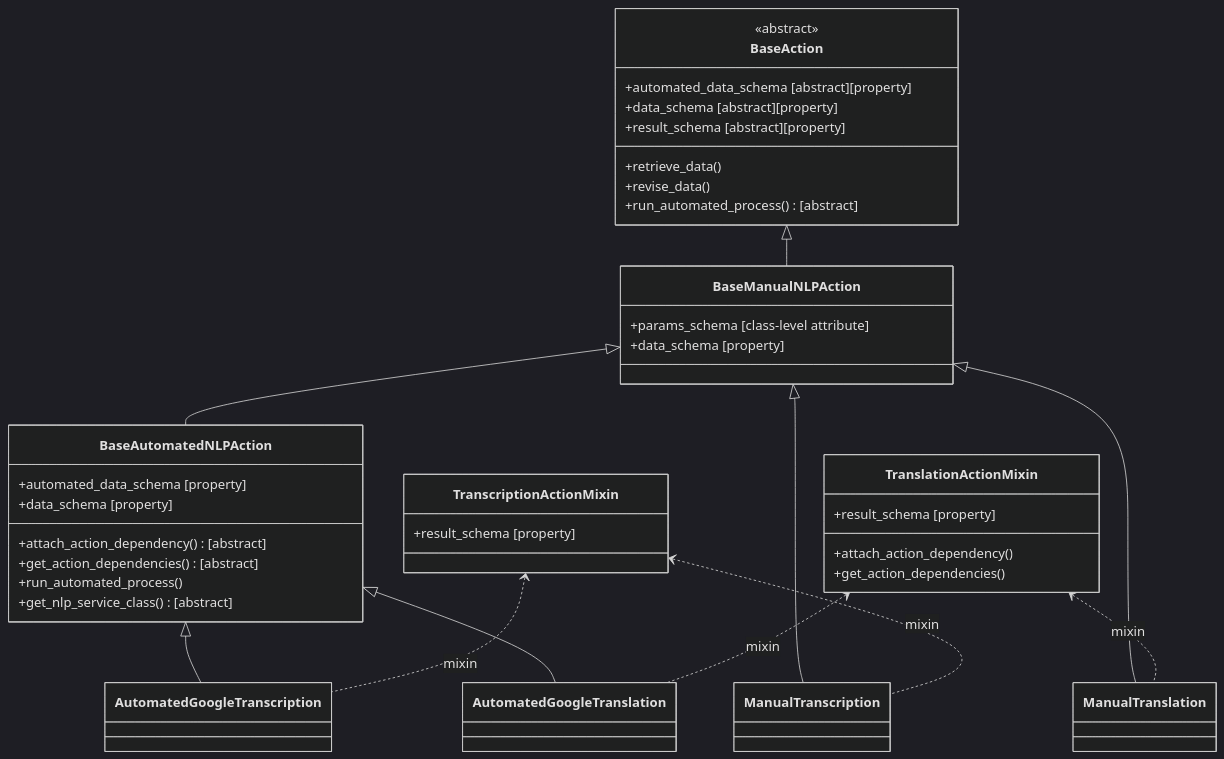
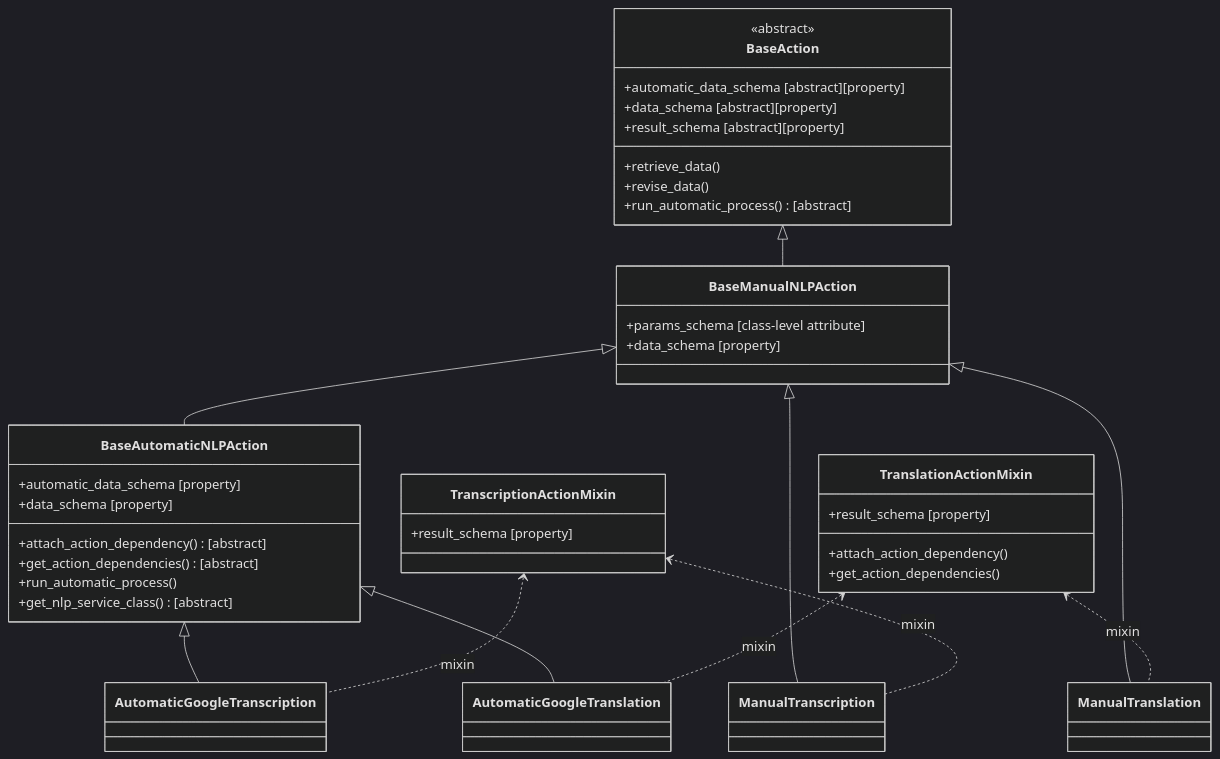
The first of 3 diagrams in kobo/apps/subsequences/README.md (kobotoolbox/kpi), drawn with Mermaid (dark theme) before and after one commit. The commit also changed other lines of this file and 14 other files, not shown here.

Commit message:
refactor(subsequences): replace automated with automatic

````diff
--- a/kobo/apps/subsequences/README.md
+++ b/kobo/apps/subsequences/README.md
@@ -24,61 +24,61 @@
 ```mermaid
 classDiagram
 direction TB
 
 %% ==== Bases ====
 class BaseAction {
   <<abstract>>
-  +automated_data_schema [abstract][property]
+  +automatic_data_schema [abstract][property]
   +data_schema [abstract][property]
   +result_schema [abstract][property]
   +retrieve_data()
   +revise_data()
-  +run_automated_process() [abstract]
+  +run_automatic_process() [abstract]
 }
 
 class BaseManualNLPAction {
   +params_schema [class-level attribute]
   +data_schema [property]
 }
 
-class BaseAutomatedNLPAction {
+class BaseAutomaticNLPAction {
   +attach_action_dependency() [abstract]
-  +automated_data_schema [property]
+  +automatic_data_schema [property]
   +data_schema [property]
   +get_action_dependencies() [abstract]
-  +run_automated_process()
+  +run_automatic_process()
   +get_nlp_service_class() [abstract]
 }
 
 %% ==== Concrete ====
 class ManualTranscription
 class ManualTranslation
-class AutomatedGoogleTranscription
-class AutomatedGoogleTranslation
+class AutomaticGoogleTranscription
+class AutomaticGoogleTranslation
 
 %% ==== Mixins (provide result_schema) ====
 class TranscriptionActionMixin {
   +result_schema [property]
 }
 class TranslationActionMixin {
   +attach_action_dependency()
   +get_action_dependencies()
   +result_schema [property]
 }
 
 %% ==== Inheritance (bases) ====
 BaseAction <|-- BaseManualNLPAction
-BaseManualNLPAction <|-- BaseAutomatedNLPAction
+BaseManualNLPAction <|-- BaseAutomaticNLPAction
 
 %% ==== Inheritance (concretes) ====
 BaseManualNLPAction <|-- ManualTranscription
 BaseManualNLPAction <|-- ManualTranslation
-BaseAutomatedNLPAction <|-- AutomatedGoogleTranscription
-BaseAutomatedNLPAction <|-- AutomatedGoogleTranslation
+BaseAutomaticNLPAction <|-- AutomaticGoogleTranscription
+BaseAutomaticNLPAction <|-- AutomaticGoogleTranslation
 
 %% ==== Mixins -> Concretes ====
 TranscriptionActionMixin <.. ManualTranscription : mixin
-TranscriptionActionMixin <.. AutomatedGoogleTranscription : mixin
+TranscriptionActionMixin <.. AutomaticGoogleTranscription : mixin
 TranslationActionMixin  <.. ManualTranslation : mixin
-TranslationActionMixin  <.. AutomatedGoogleTranslation : mixin
+TranslationActionMixin  <.. AutomaticGoogleTranslation : mixin
 ```
````
